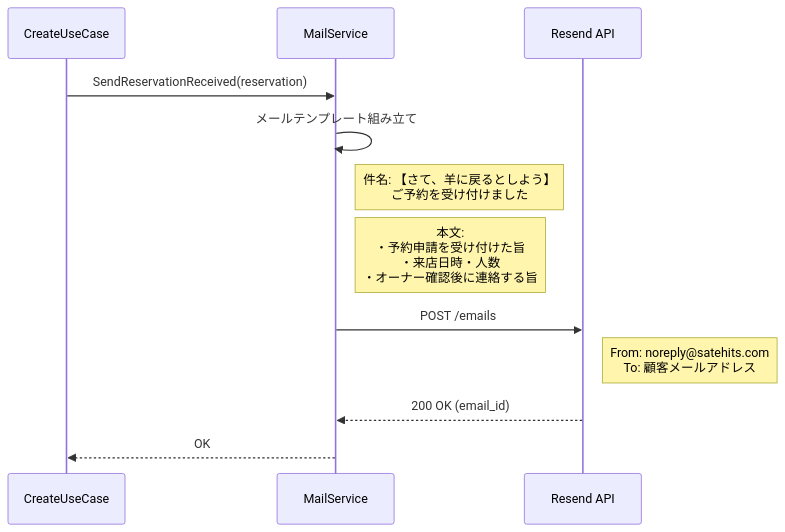
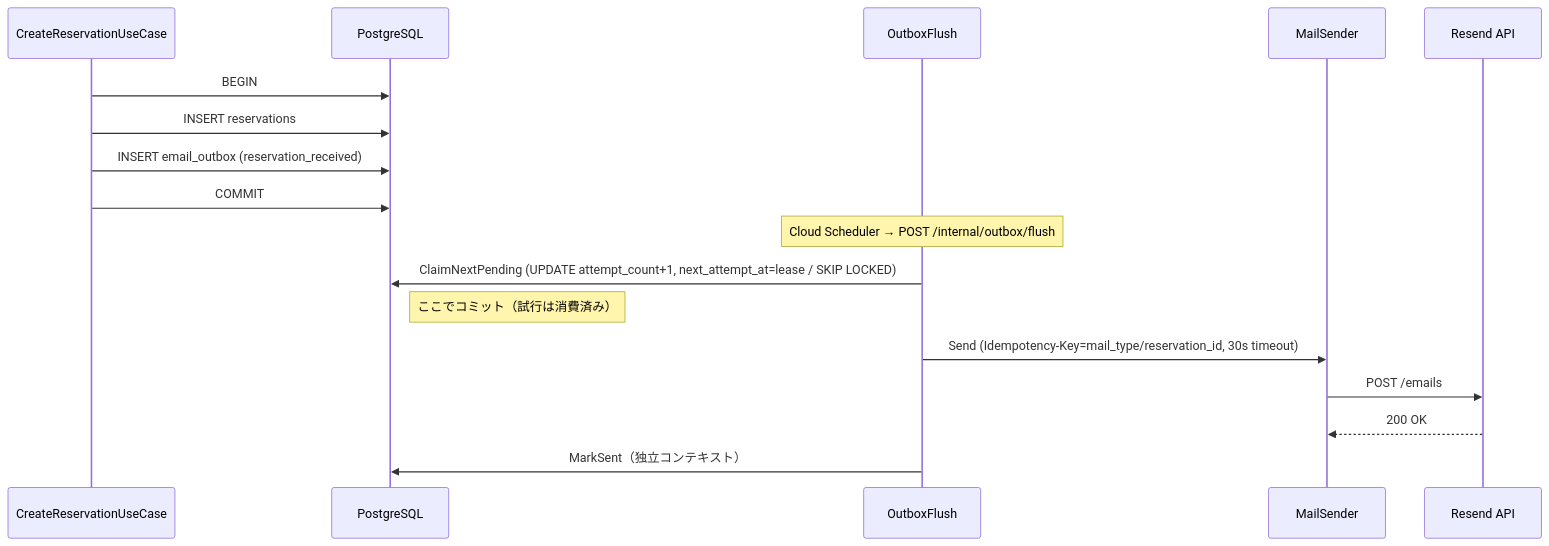
The tenth of 15 diagrams in docs/sequence.md (cergijame101007/satehits), drawn with Mermaid before and after one commit. The commit also changed other lines of this file and 39 other files, not shown here.

First line of the commit message:
feat: メール送信を email_outbox に移行 (#29)

````diff
--- a/docs/sequence.md
+++ b/docs/sequence.md
@@ -387,17 +387,20 @@
 ```mermaid
 sequenceDiagram
-    participant UseCase as CreateUseCase
-    participant MailService as MailService
+    participant UseCase as CreateReservationUseCase
+    participant DB as PostgreSQL
+    participant Flush as OutboxFlush
+    participant Sender as MailSender
     participant Resend as Resend API
 
-    UseCase->>MailService: SendReservationReceived(reservation)
-    
-    MailService->>MailService: メールテンプレート組み立て
-    Note right of MailService: 件名: 【さて、羊に戻るとしよう】<br>ご予約を受け付けました
-    Note right of MailService: 本文:<br>・予約申請を受け付けた旨<br>・来店日時・人数<br>・オーナー確認後に連絡する旨
-    
-    MailService->>Resend: POST /emails
-    Note right of Resend: From: noreply@satehits.com<br>To: 顧客メールアドレス
-    Resend-->>MailService: 200 OK (email_id)
-    MailService-->>UseCase: OK
+    UseCase->>DB: BEGIN
+    UseCase->>DB: INSERT reservations
+    UseCase->>DB: INSERT email_outbox (reservation_received)
+    UseCase->>DB: COMMIT
+    Note over Flush: Cloud Scheduler → POST /internal/outbox/flush
+    Flush->>DB: ClaimNextPending (UPDATE attempt_count+1, next_attempt_at=lease / SKIP LOCKED)
+    Note right of DB: ここでコミット（試行は消費済み）
+    Flush->>Sender: Send (Idempotency-Key=mail_type/reservation_id, 30s timeout)
+    Sender->>Resend: POST /emails
+    Resend-->>Sender: 200 OK
+    Flush->>DB: MarkSent（独立コンテキスト）
 ```
````
